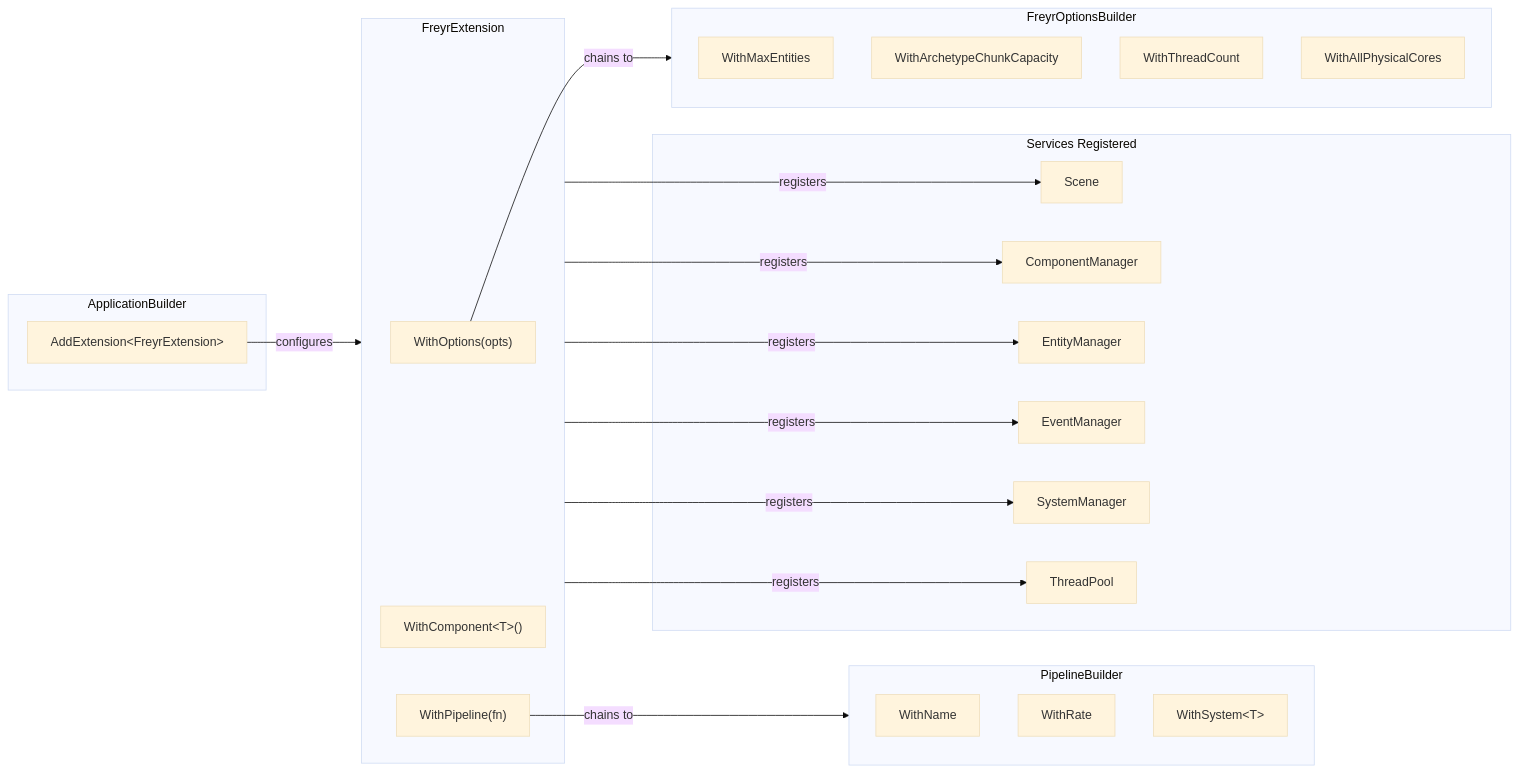
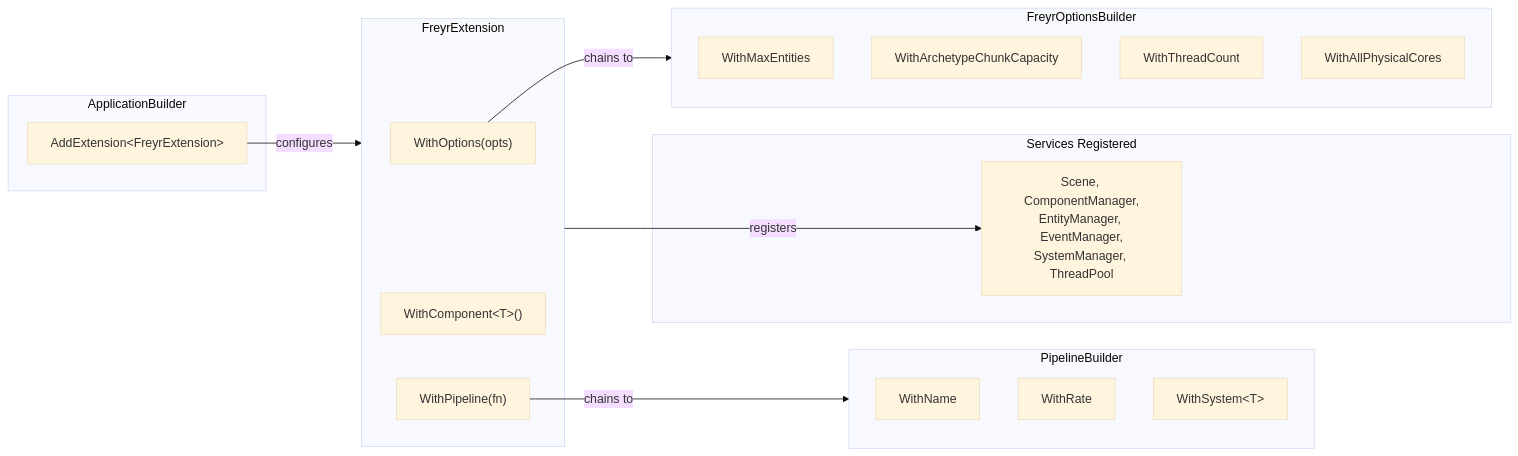
Before and after one commit to gilmar-sales/Freyr: the diagram in docs/api/extension.md, drawn with Mermaid (base theme). The commit also changed 8 other files, not shown here.

Commit message:
docs(diagrams): remove mermaid diagram styling directives

````diff
--- a/docs/api/extension.md
+++ b/docs/api/extension.md
@@ -39,44 +39,34 @@
 ```mermaid
 graph LR
     subgraph AppBuilder["ApplicationBuilder"]
         ADD["AddExtension&lt;FreyrExtension&gt;"]
     end
 
     subgraph FreyrExt["FreyrExtension"]
         WO["WithOptions(opts)"]
         WC["WithComponent&lt;T&gt;()"]
         WP["WithPipeline(fn)"]
     end
 
     subgraph Options["FreyrOptionsBuilder"]
         MAX["WithMaxEntities"]
         CHUNK["WithArchetypeChunkCapacity"]
         THREAD["WithThreadCount"]
         CORES["WithAllPhysicalCores"]
     end
 
     subgraph Pipe["PipelineBuilder"]
         NAME["WithName"]
         RATE["WithRate"]
         WS["WithSystem&lt;T&gt;"]
     end
 
     subgraph Services["Services Registered"]
-        SCENE["Scene"]
-        CM["ComponentManager"]
-        EM["EntityManager"]
-        EVM["EventManager"]
-        SM["SystemManager"]
-        TP["ThreadPool"]
+        SVC["Scene, ComponentManager,<br/>EntityManager, EventManager,<br/>SystemManager, ThreadPool"]
     end
 
     ADD -->|configures| FreyrExt
     WO -->|chains to| Options
     WP -->|chains to| Pipe
-    FreyrExt -->|registers| SCENE
-    FreyrExt -->|registers| CM
-    FreyrExt -->|registers| EM
-    FreyrExt -->|registers| EVM
-    FreyrExt -->|registers| SM
-    FreyrExt -->|registers| TP
+    FreyrExt -->|registers| SVC
 ```
````
